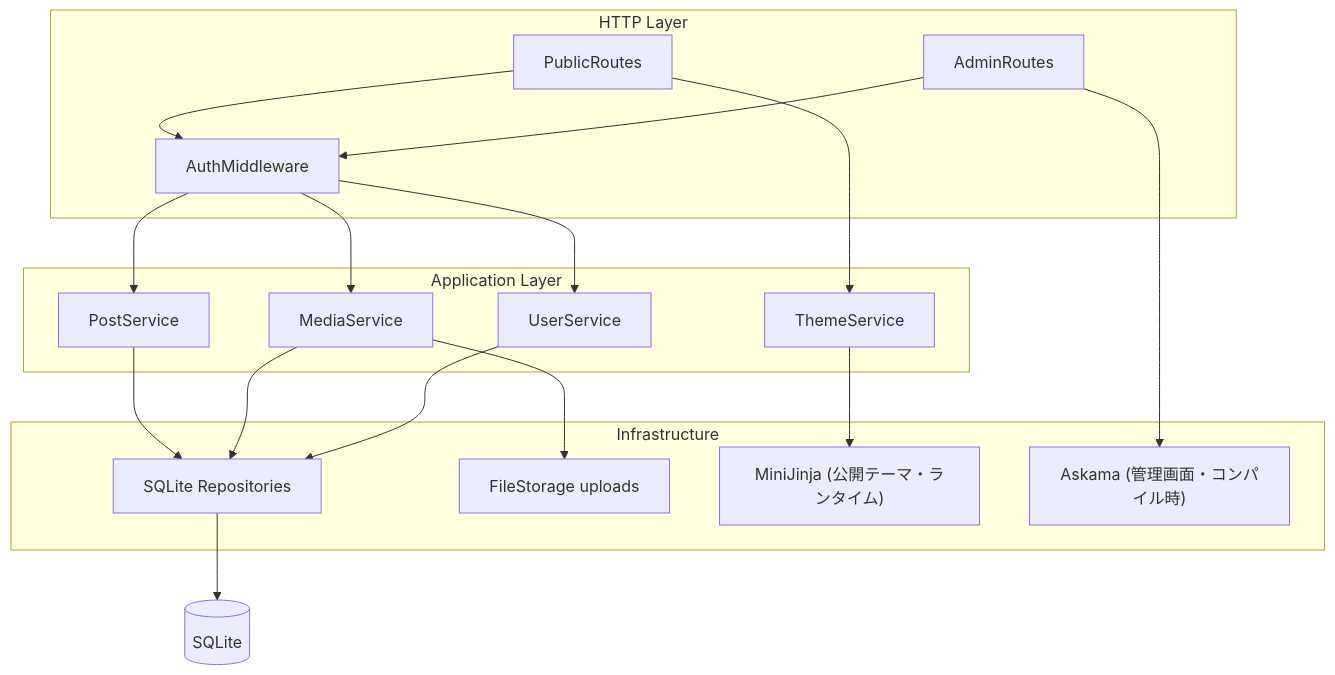
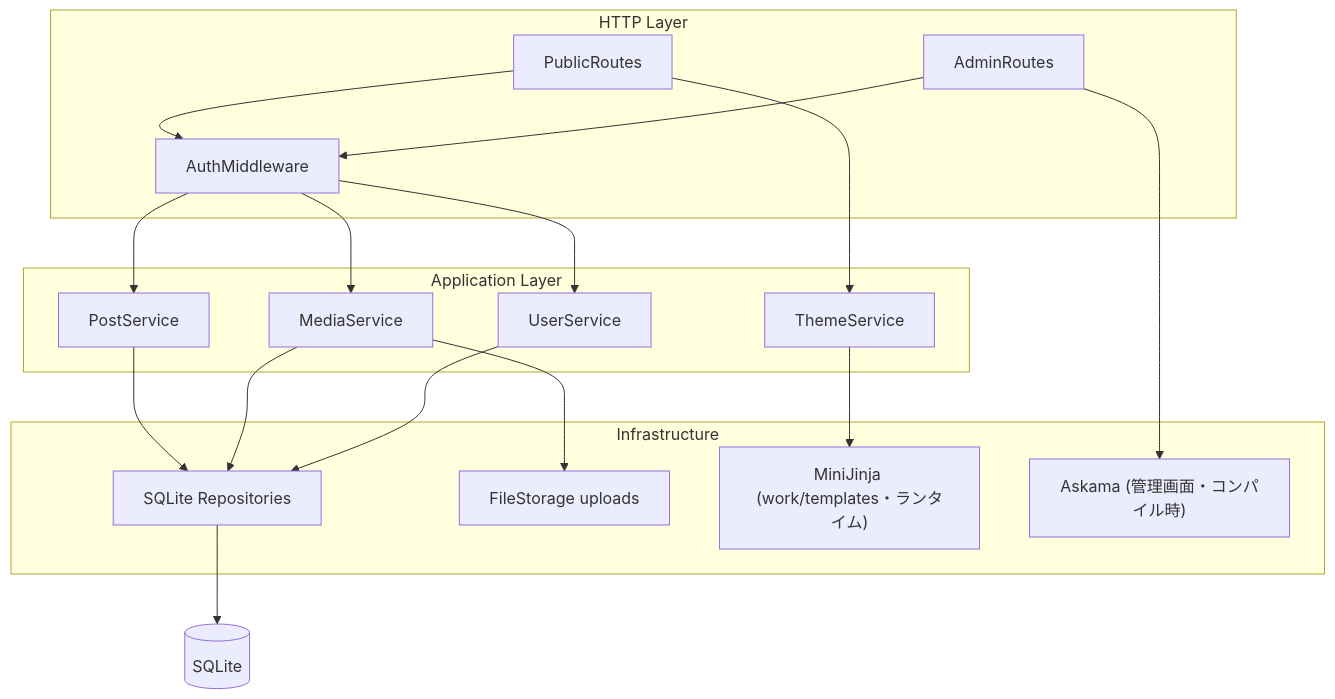
Before and after one commit to hypernumbernet/rust-sqlite-cms: the first of 3 diagrams in doc/PLAN.md, drawn with Mermaid. The commit also changed other lines of this file and 17 other files, not shown here.

````diff
--- a/doc/PLAN.md
+++ b/doc/PLAN.md
@@ -35,33 +35,33 @@
 ```mermaid
 flowchart TB
   subgraph http [HTTP Layer]
     PublicRoutes[PublicRoutes]
     AdminRoutes[AdminRoutes]
     AuthMiddleware[AuthMiddleware]
   end
   subgraph app [Application Layer]
     PostService[PostService]
     MediaService[MediaService]
     UserService[UserService]
     ThemeService[ThemeService]
   end
   subgraph infra [Infrastructure]
     Repos[SQLite Repositories]
     FS[FileStorage uploads]
-    MiniJinja["MiniJinja (公開テーマ・ランタイム)"]
+    MiniJinja["MiniJinja (work/templates・ランタイム)"]
     Askama["Askama (管理画面・コンパイル時)"]
   end
   PublicRoutes --> AuthMiddleware
   AdminRoutes --> AuthMiddleware
   AuthMiddleware --> PostService
   AuthMiddleware --> MediaService
   AuthMiddleware --> UserService
   PostService --> Repos
   MediaService --> Repos
   MediaService --> FS
   UserService --> Repos
   PublicRoutes --> ThemeService
   AdminRoutes --> Askama
   ThemeService --> MiniJinja
   Repos --> SQLite[(SQLite)]
 ```
````
